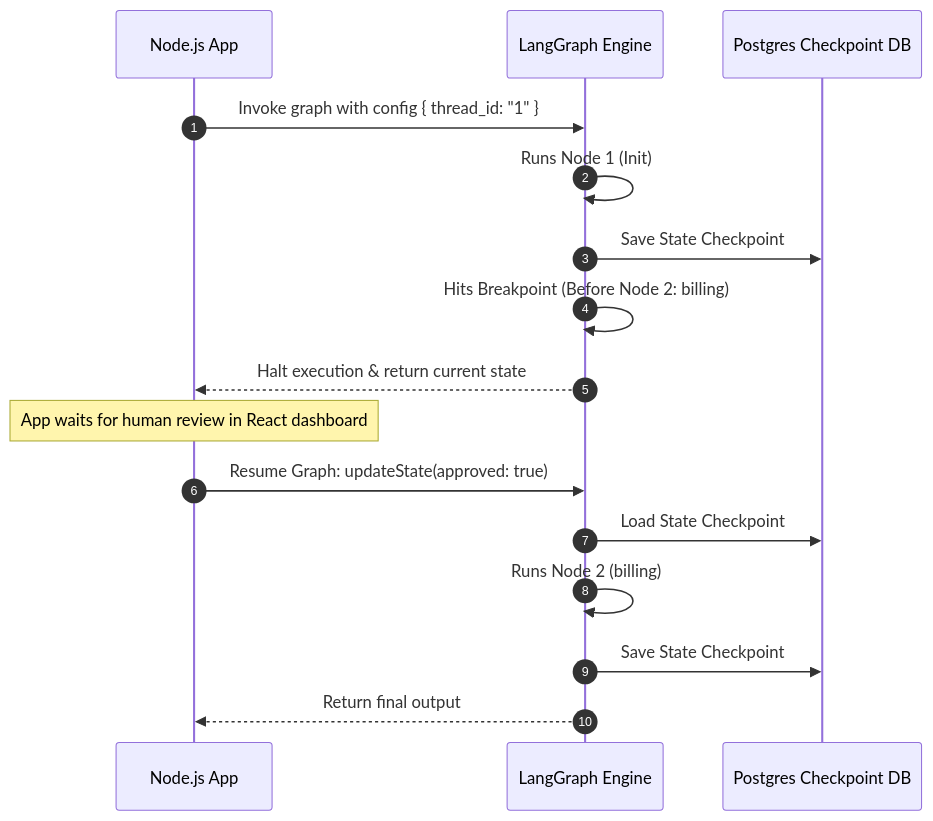
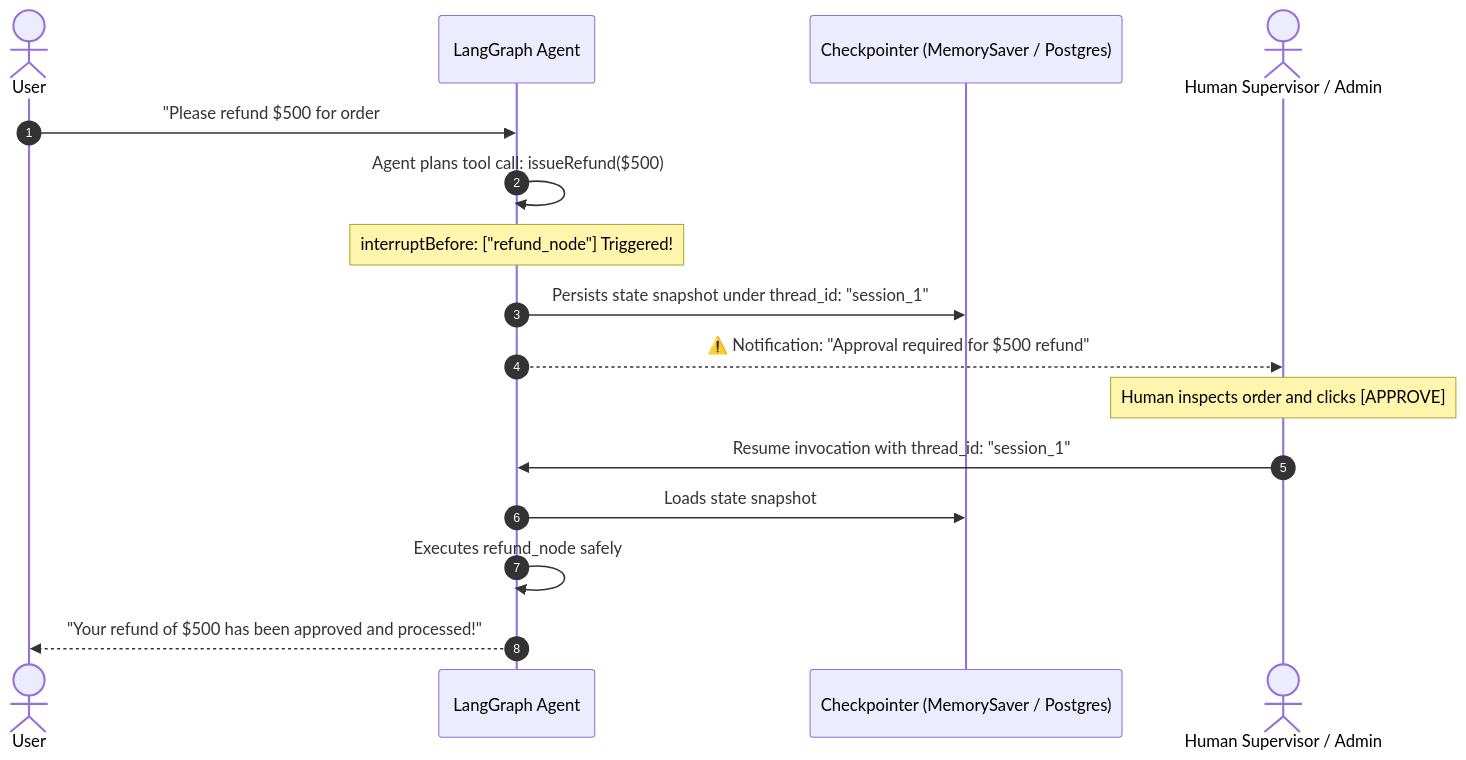
Before and after one commit to Nishant8826/theory-leaning: the first of 2 diagrams in AI-tut/21_LangGraph_Human_in_the_Loop.md, drawn with Mermaid. The commit also changed other lines of this file and 34 other files, not shown here.

````diff
--- a/AI-tut/21_LangGraph_Human_in_the_Loop.md
+++ b/AI-tut/21_LangGraph_Human_in_the_Loop.md
@@ -62,19 +13,20 @@
 ```mermaid
 sequenceDiagram
     autonumber
-    participant App as Node.js App
-    participant Graph as LangGraph Engine
-    participant DB as Postgres Checkpoint DB
-
-    App->>Graph: Invoke graph with config { thread_id: "1" }
-    Graph->>Graph: Runs Node 1 (Init)
-    Graph->>DB: Save State Checkpoint
-    Graph->>Graph: Hits Breakpoint (Before Node 2: billing)
-    Graph-->>App: Halt execution & return current state
-    Note over App: App waits for human review in React dashboard
-    App->>Graph: Resume Graph: updateState(approved: true)
-    Graph->>DB: Load State Checkpoint
-    Graph->>Graph: Runs Node 2 (billing)
-    Graph->>DB: Save State Checkpoint
-    Graph-->>App: Return final output
+    actor User
+    participant Graph as LangGraph Agent
+    participant Checkpoint as Checkpointer (MemorySaver / Postgres)
+    actor Human as Human Supervisor / Admin
+    
+    User->>Graph: "Please refund $500 for order #991"
+    Graph->>Graph: Agent plans tool call: issueRefund($500)
+    Note over Graph: interruptBefore: ["refund_node"] Triggered!
+    Graph->>Checkpoint: Persists state snapshot under thread_id: "session_1"
+    Graph-->>Human: ⚠️ Notification: "Approval required for $500 refund"
+    
+    Note over Human: Human inspects order and clicks [APPROVE]
+    Human->>Graph: Resume invocation with thread_id: "session_1"
+    Graph->>Checkpoint: Loads state snapshot
+    Graph->>Graph: Executes refund_node safely
+    Graph-->>User: "Your refund of $500 has been approved and processed!"
 ```
````
